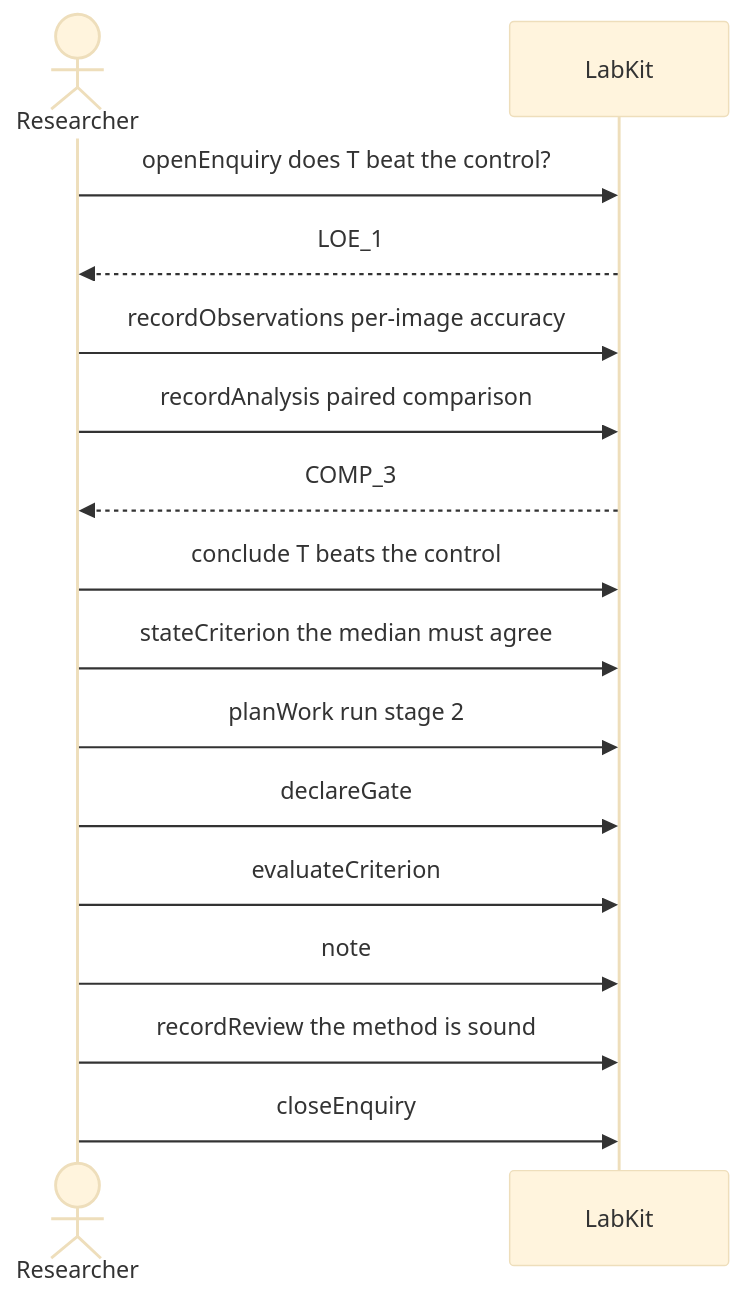
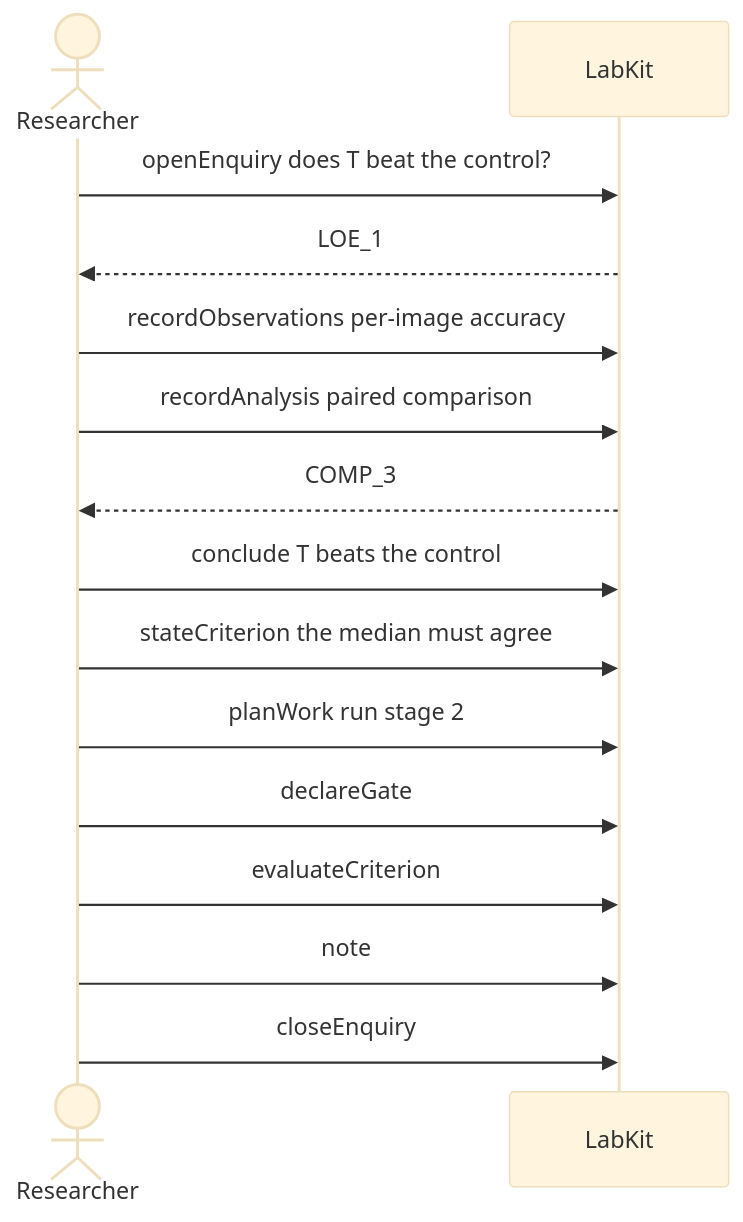
The diagram in docs/scenarios/S-27.md (danbarua/labkit), drawn with Mermaid (base theme) before and after one commit. The commit also changed other lines of this file and 99 other files, not shown here.

````diff
--- a/docs/scenarios/S-27.md
+++ b/docs/scenarios/S-27.md
@@ -7,18 +7,17 @@
 ```mermaid
 sequenceDiagram
     actor Researcher
     participant R as LabKit
     Researcher->>R: openEnquiry does T beat the control?
     R-->>Researcher: LOE_1
     Researcher->>R: recordObservations per-image accuracy
     Researcher->>R: recordAnalysis paired comparison
     R-->>Researcher: COMP_3
     Researcher->>R: conclude T beats the control
     Researcher->>R: stateCriterion the median must agree
     Researcher->>R: planWork run stage 2
     Researcher->>R: declareGate
     Researcher->>R: evaluateCriterion
     Researcher->>R: note
-    Researcher->>R: recordReview the method is sound
     Researcher->>R: closeEnquiry
 ```
````
